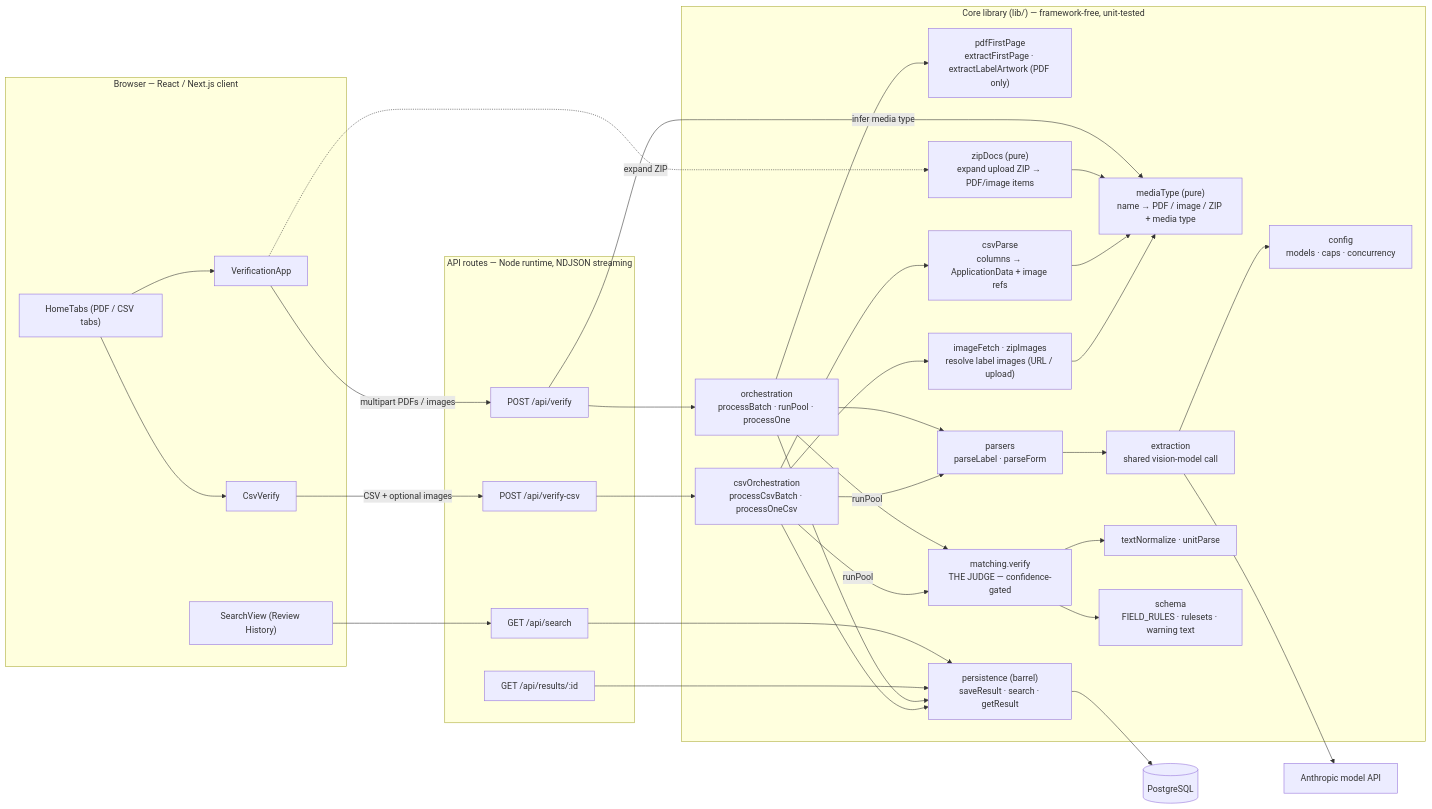
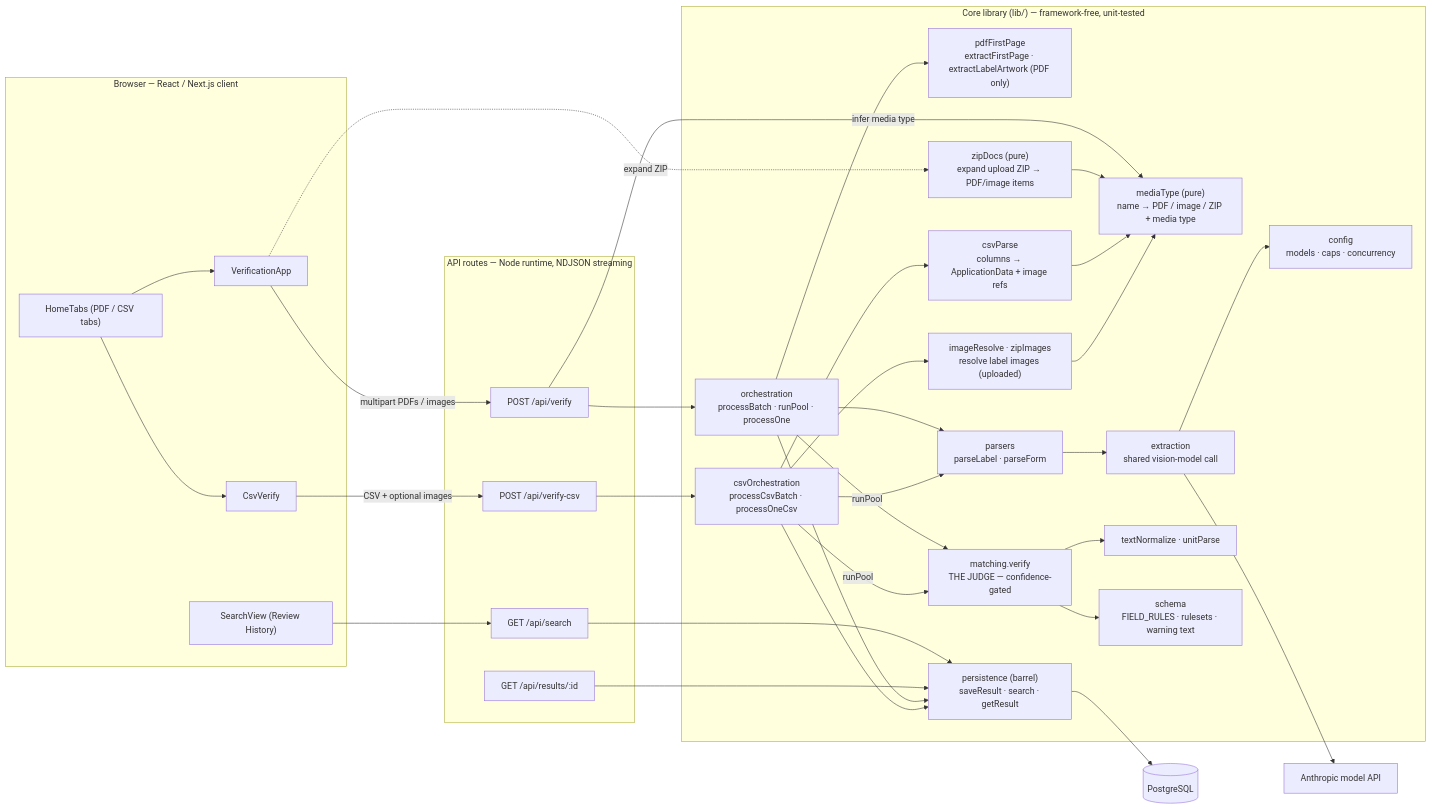
One commit to morganfry/ttb_labels changed the second of 3 diagrams in docs/architecture.md. Above: the diagram before and after it, drawn with Mermaid. The commit also changed other lines of this file and 16 other files, not shown here.

First line of the commit message:
CSV bulk path: upload images instead of fetching them by URL

````diff
--- a/docs/architecture.md
+++ b/docs/architecture.md
@@ -66,64 +65,64 @@
 ```mermaid
 %%{init: {'flowchart': {'rankSpacing': 50, 'nodeSpacing': 60}}}%%
 flowchart LR
     subgraph browser["Browser — React / Next.js client"]
         tabs["HomeTabs (PDF / CSV tabs)"]
         pdfui["VerificationApp"]
         csvui["CsvVerify"]
         search["SearchView (Review History)"]
     end
 
     subgraph api["API routes — Node runtime, NDJSON streaming"]
         rverify["POST /api/verify"]
         rcsv["POST /api/verify-csv"]
         rsearch["GET /api/search"]
         rresult["GET /api/results/:id"]
     end
 
     subgraph core["Core library (lib/) — framework-free, unit-tested"]
         orch["orchestration<br/>processBatch · runPool · processOne"]
         csvorch["csvOrchestration<br/>processCsvBatch · processOneCsv"]
         slice["pdfFirstPage<br/>extractFirstPage · extractLabelArtwork (PDF only)"]
         zipdocs["zipDocs (pure)<br/>expand upload ZIP → PDF/image items"]
         mediatype["mediaType (pure)<br/>name → PDF / image / ZIP + media type"]
         csvparse["csvParse<br/>columns → ApplicationData + image refs"]
-        imgs["imageFetch · zipImages<br/>resolve label images (URL / upload)"]
+        imgs["imageResolve · zipImages<br/>resolve label images (uploaded)"]
         parsers["parsers<br/>parseLabel · parseForm"]
         extraction["extraction<br/>shared vision-model call"]
         matching["matching.verify<br/>THE JUDGE — confidence-gated"]
         helpers["textNormalize · unitParse"]
         schema["schema<br/>FIELD_RULES · rulesets · warning text"]
         config["config<br/>models · caps · concurrency"]
         persistence["persistence (barrel)<br/>saveResult · search · getResult"]
     end
 
     db[("PostgreSQL")]
     model["Anthropic model API"]
 
     tabs --> pdfui & csvui
     pdfui -->|"multipart PDFs / images"| rverify
     csvui -->|"CSV + optional images"| rcsv
     search --> rsearch
     pdfui -. expand ZIP .-> zipdocs
 
     rverify --> orch
     rverify -->|"infer media type"| mediatype
     rcsv --> csvorch
     rsearch --> persistence
     rresult --> persistence
 
     orch --> slice & parsers
     zipdocs --> mediatype
     csvparse --> mediatype
     imgs --> mediatype
     csvorch --> csvparse & imgs & parsers
     orch -->|"runPool"| matching
     csvorch -->|"runPool"| matching
     orch --> persistence
     csvorch --> persistence
 
     parsers --> extraction --> model
     extraction --> config
     matching --> schema & helpers
     persistence --> db
 ```
````
